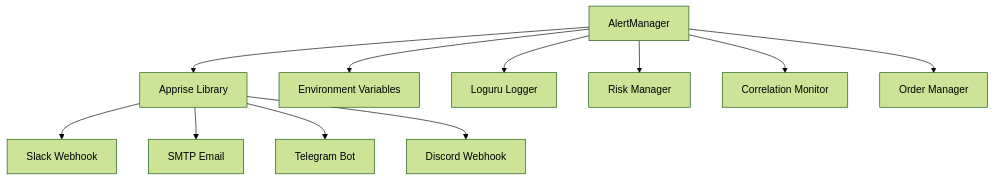
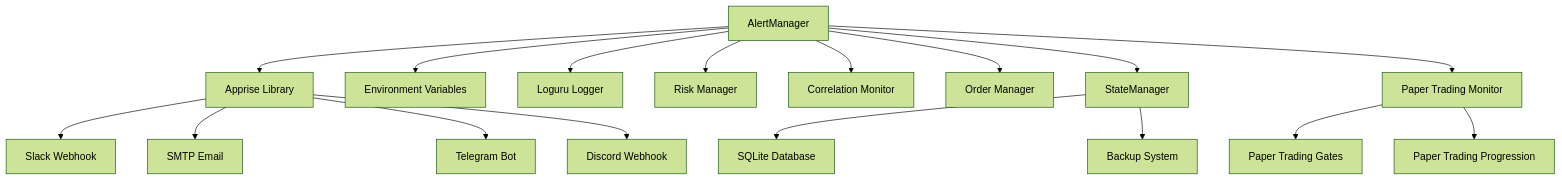
One commit to guofeng201507/shark-quant-trader changed the fourth of 5 diagrams in .qoder/repowiki/en/content/Monitoring and Alerting.md. Above: the diagram before and after it, drawn with Mermaid (forest theme). The commit also changed other lines of this file and 14 other files, not shown here.

````diff
--- a/.qoder/repowiki/en/content/Monitoring and Alerting.md
+++ b/.qoder/repowiki/en/content/Monitoring and Alerting.md
@@ -214,13 +341,19 @@
 ```mermaid
 graph TB
 AM["AlertManager"] --> APP["Apprise Library"]
 AM --> CFG["Environment Variables"]
 AM --> LOG["Loguru Logger"]
 AM --> RM["Risk Manager"]
 AM --> CM["Correlation Monitor"]
 AM --> OM["Order Manager"]
+AM --> SM["StateManager"]
+AM --> PM["Paper Trading Monitor"]
 APP --> SL["Slack Webhook"]
 APP --> EM["SMTP Email"]
 APP --> TG["Telegram Bot"]
 APP --> DC["Discord Webhook"]
+SM --> DB["SQLite Database"]
+SM --> BK["Backup System"]
+PM --> PTG["Paper Trading Gates"]
+PM --> PTP["Paper Trading Progression"]
 ```
````
